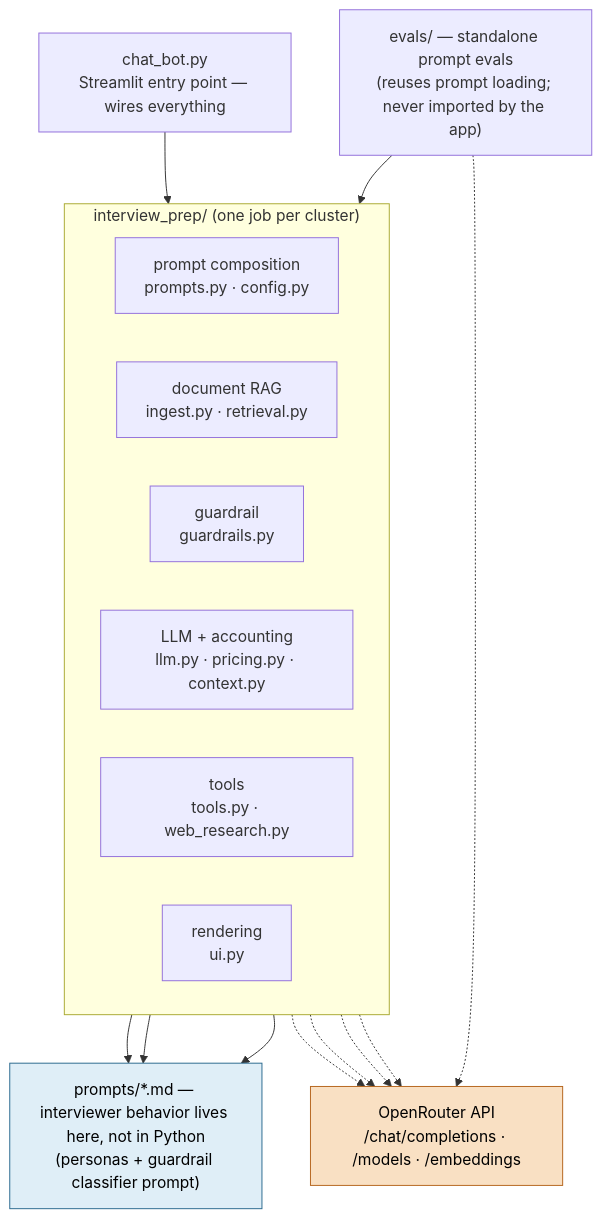
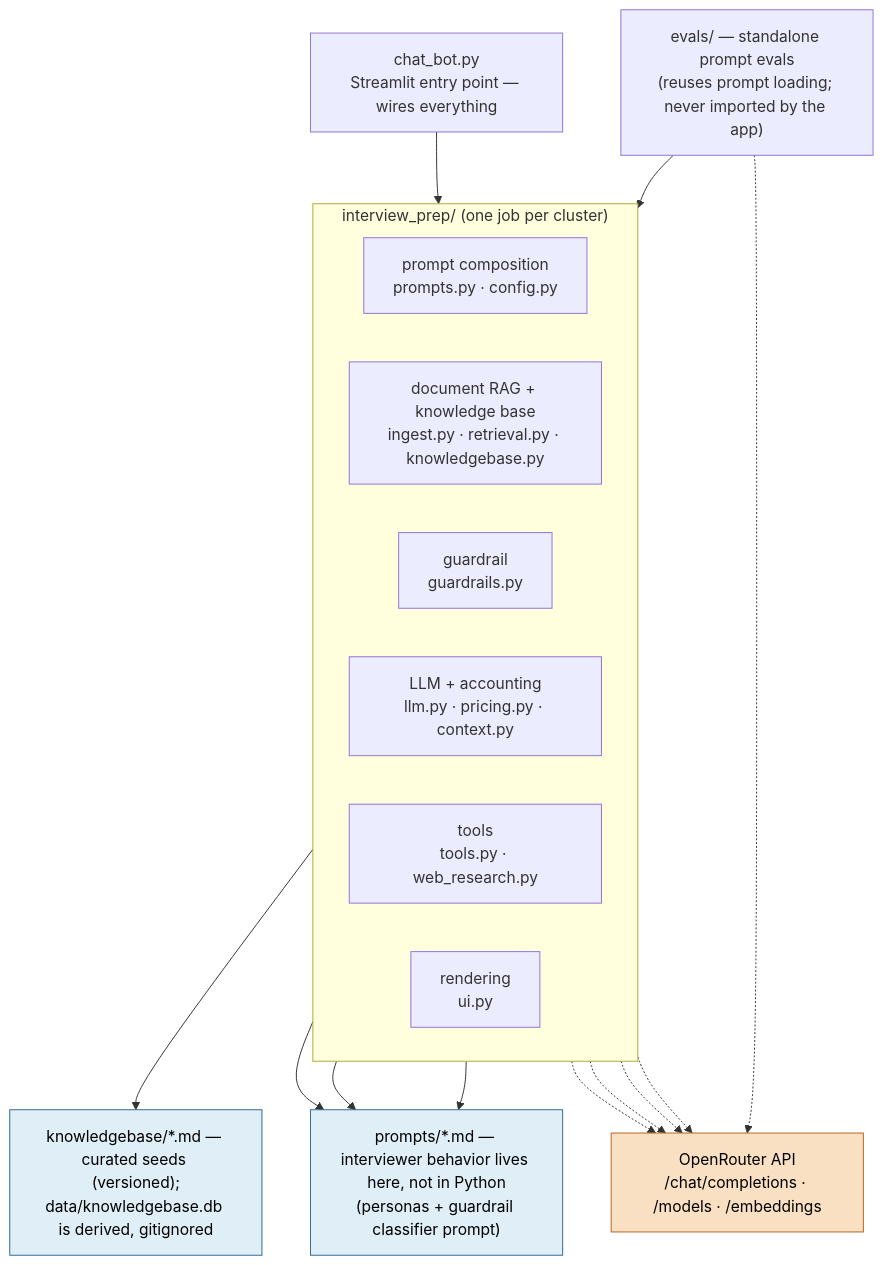
One commit to DukeOfErl/interv_preper changed the fifth of 5 diagrams in docs/diagrams/architecture.md. Above: the diagram before and after it, drawn with Mermaid. The commit also changed other lines of this file and 19 other files, not shown here.

First line of the commit message:
Add persistent curated knowledge base (SQLite, seeds in git)

````diff
--- a/docs/diagrams/architecture.md
+++ b/docs/diagrams/architecture.md
@@ -114,34 +141,37 @@
 ```mermaid
 flowchart TB
     entry["chat_bot.py<br/>Streamlit entry point — wires everything"]
 
     subgraph pkg["interview_prep/ (one job per cluster)"]
         direction LR
         promptsC["prompt composition<br/>prompts.py · config.py"]
-        rag["document RAG<br/>ingest.py · retrieval.py"]
+        rag["document RAG + knowledge base<br/>ingest.py · retrieval.py · knowledgebase.py"]
         safety["guardrail<br/>guardrails.py"]
         llmC["LLM + accounting<br/>llm.py · pricing.py · context.py"]
         toolsC["tools<br/>tools.py · web_research.py"]
         uiC["rendering<br/>ui.py"]
     end
 
     mdfiles["prompts/*.md — interviewer behavior lives here, not in Python<br/>(personas + guardrail classifier prompt)"]
+    kbfiles["knowledgebase/*.md — curated seeds (versioned);<br/>data/knowledgebase.db is derived, gitignored"]
     orouter["OpenRouter API<br/>/chat/completions · /models · /embeddings"]
     evals["evals/ — standalone prompt evals<br/>(reuses prompt loading; never imported by the app)"]
 
     entry --> pkg
     promptsC --> mdfiles
+    rag --> kbfiles
     safety --> mdfiles
     toolsC --> mdfiles
     rag -.-> orouter
     safety -.-> orouter
     llmC -.-> orouter
     toolsC -.-> orouter
     evals --> promptsC
     evals -.-> orouter
 
     classDef ext fill:#f9e0c3,stroke:#b5651d,color:#000
     classDef mdfile fill:#dfeef7,stroke:#2b6a8f,color:#000
     class orouter ext
     class mdfiles mdfile
+    class kbfiles mdfile
 ```
````
